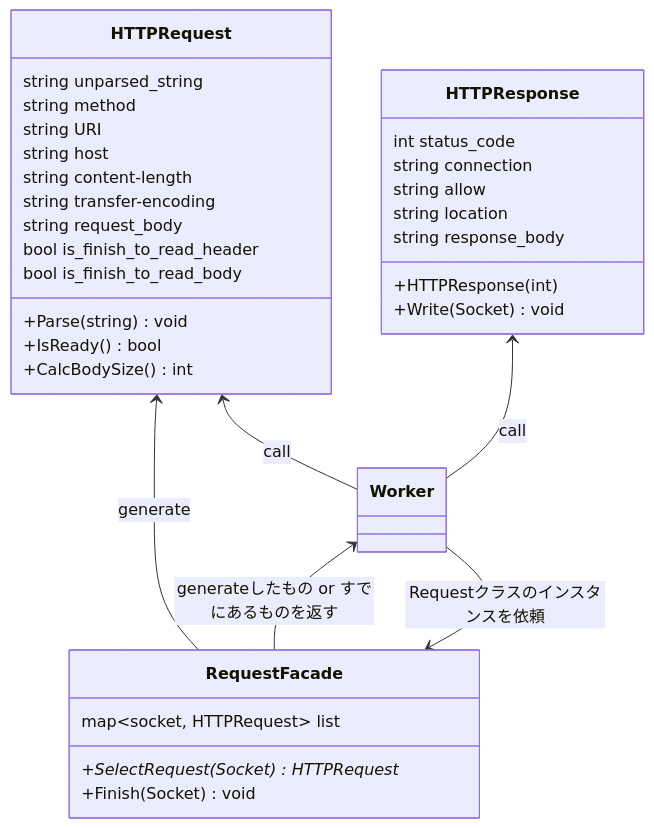
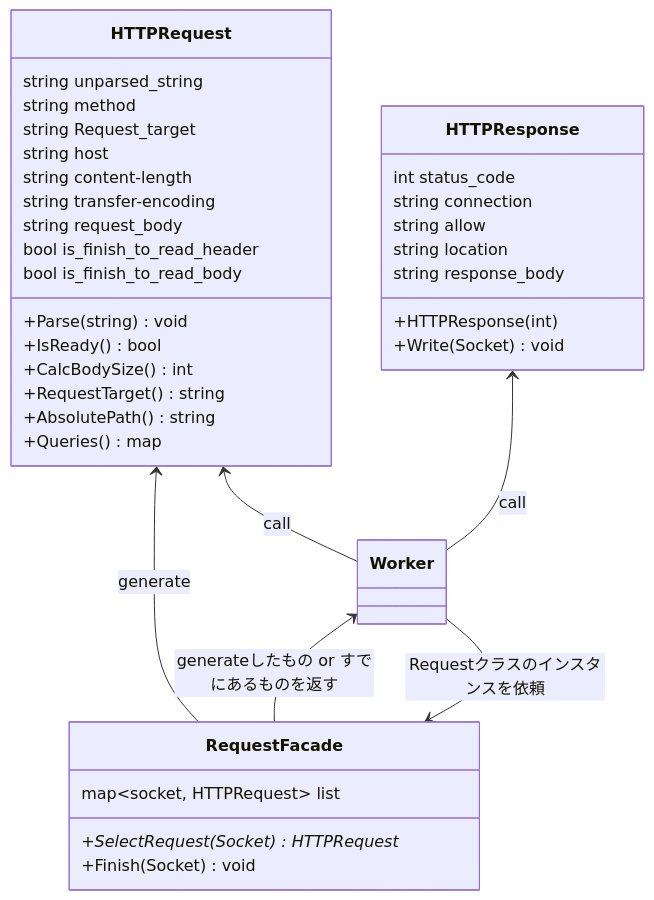
The diagram in docs/class/http_class.md (katataku/webserv), drawn with Mermaid before and after one commit. The commit also changed 1 other file, not shown here.

Commit message:
fix/URI項目の仕様修正

````diff
--- a/docs/class/http_class.md
+++ b/docs/class/http_class.md
@@ -1,46 +1,49 @@
 ```mermaid
 classDiagram
    class RequestFacade{
         map~socket, HTTPRequest~ list
         +SelectRequest(Socket) HTTPRequest*
         +Finish(Socket) void
     }
 
     %% TODO: CalcBodySize()の詳細を詰める && nginxのmax_body_sizeも確認 %%
     class HTTPRequest{
         string unparsed_string
         string method
-        string URI
+        string Request_target
         string host
         string content-length
         string transfer-encoding
         string request_body
         bool is_finish_to_read_header
         bool is_finish_to_read_body
         
         +Parse(string) void
         +IsReady() bool
         +CalcBodySize() int
+        +RequestTarget() string
+        +AbsolutePath() string
+        +Queries() map<string,string>
     }
 
     class HTTPResponse{
         int status_code
         string connection
         string allow
         string location
         string response_body
 
         +HTTPResponse(int)
         +Write(Socket) void
     }
 
 
 HTTPRequest <-- RequestFacade : generate
 
 Worker <-- RequestFacade : generateしたもの or すでにあるものを返す
 Worker --> RequestFacade : Requestクラスのインスタンスを依頼
 
 
 HTTPRequest  <--  Worker :call
 HTTPResponse  <--  Worker :call
 ```
````
